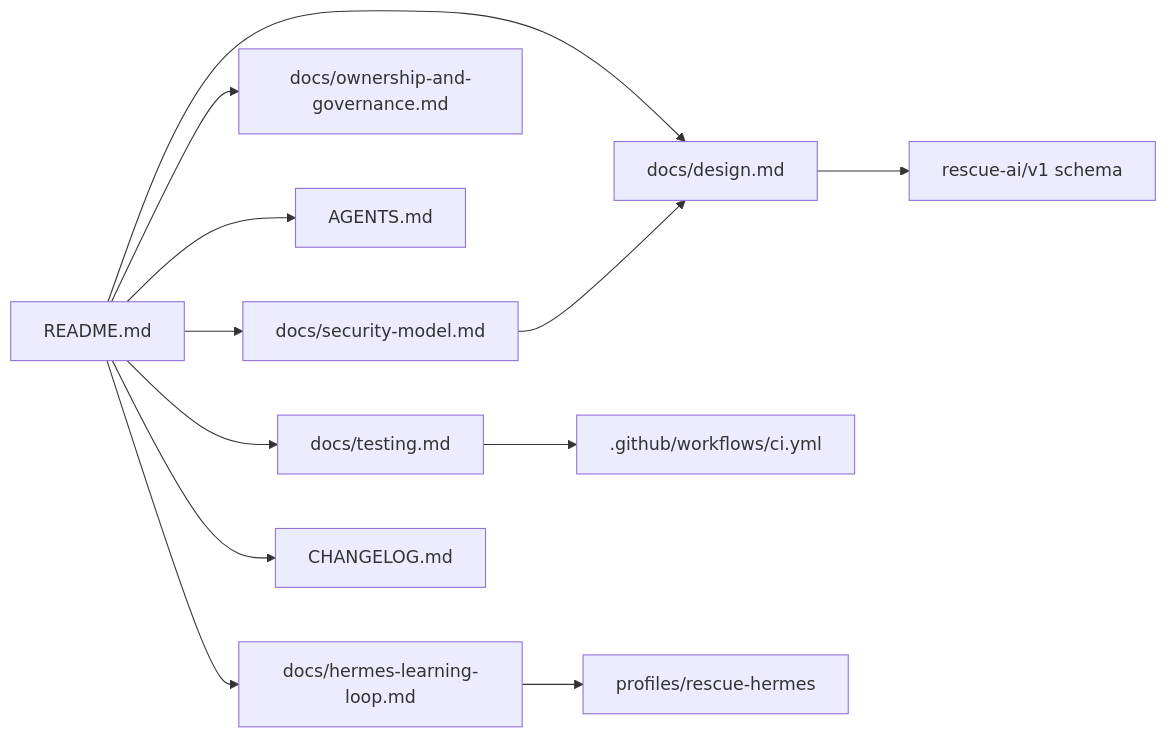
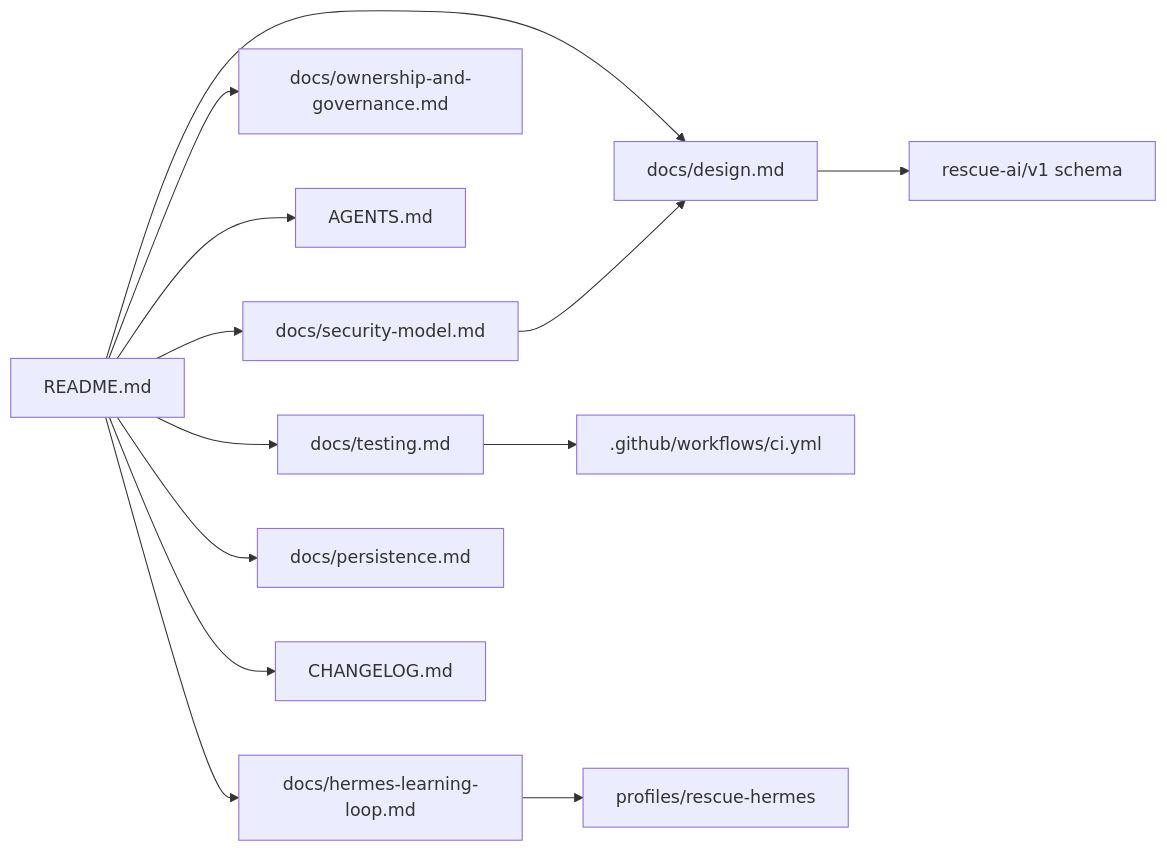
The ninth of 9 diagrams in README.md (ahliweb/linux-mint-xfce-rescue-ai), drawn with Mermaid before and after one commit. The commit also changed other lines of this file and 1 other file, not shown here.

First line of the commit message:
docs: README and CHANGELOG entries for the persistence image

````diff
--- a/README.md
+++ b/README.md
@@ -237,14 +238,15 @@
 ```mermaid
 flowchart LR
     README[README.md] --> DESIGN[docs/design.md]
     README --> LOOP[docs/hermes-learning-loop.md]
     README --> GOV[docs/ownership-and-governance.md]
     README --> AGENTS[AGENTS.md]
     README --> TEST[docs/testing.md]
     README --> SEC[docs/security-model.md]
+    README --> PERS[docs/persistence.md]
     README --> CHG[CHANGELOG.md]
     DESIGN --> SCHEMA[rescue-ai/v1 schema]
     SEC --> DESIGN
     TEST --> CI[.github/workflows/ci.yml]
     LOOP --> PROFILE[profiles/rescue-hermes]
 ```
````
